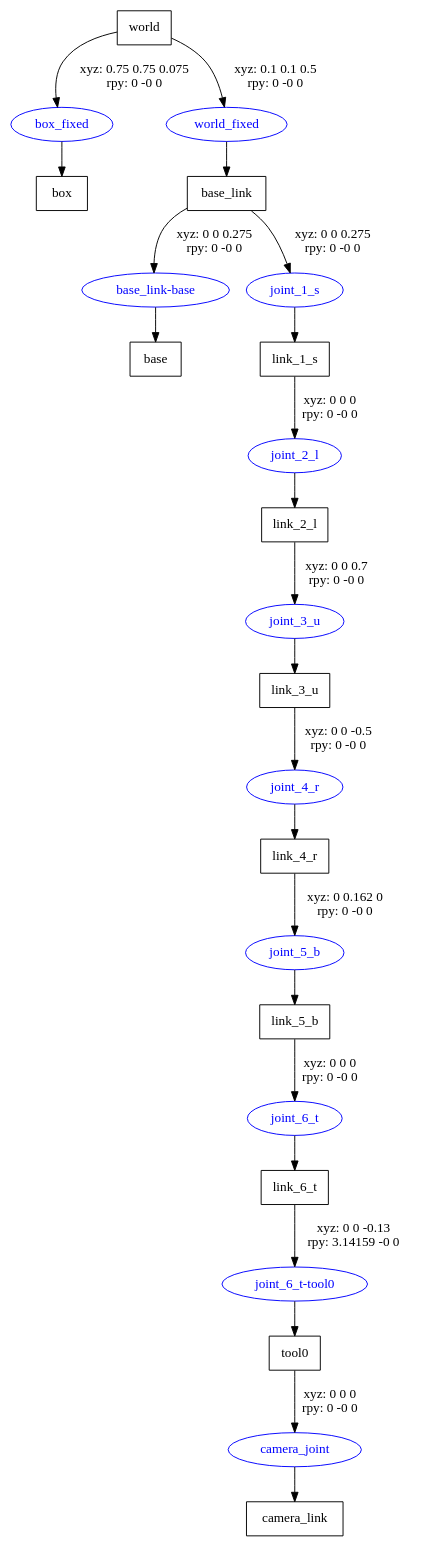
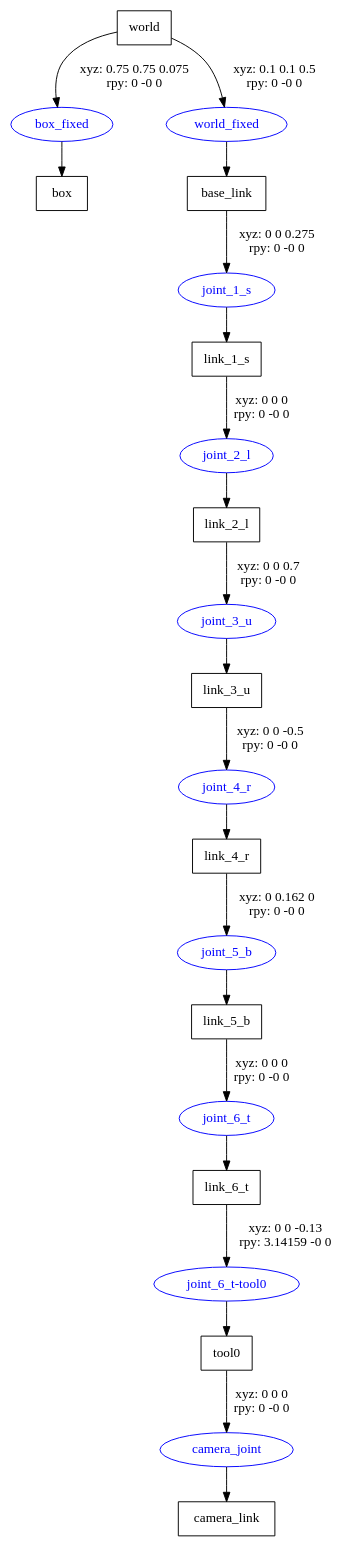
One commit to integrationROS/catkin_ws changed the diagram in motoman_hc10.gv. Above: the diagram before and after it, drawn with Graphviz. The commit also changed 7 other files, not shown here.

```diff
--- a/motoman_hc10.gv
+++ b/motoman_hc10.gv
@@ -1,38 +1,35 @@
 digraph G {
 node [shape=box];
 "world" [label="world"];
 "box" [label="box"];
 "base_link" [label="base_link"];
-"base" [label="base"];
 "link_1_s" [label="link_1_s"];
 "link_2_l" [label="link_2_l"];
 "link_3_u" [label="link_3_u"];
 "link_4_r" [label="link_4_r"];
 "link_5_b" [label="link_5_b"];
 "link_6_t" [label="link_6_t"];
 "tool0" [label="tool0"];
 "camera_link" [label="camera_link"];
 node [shape=ellipse, color=blue, fontcolor=blue];
 "world" -> "box_fixed" [label="xyz: 0.75 0.75 0.075 \nrpy: 0 -0 0"]
 "box_fixed" -> "box"
 "world" -> "world_fixed" [label="xyz: 0.1 0.1 0.5 \nrpy: 0 -0 0"]
 "world_fixed" -> "base_link"
-"base_link" -> "base_link-base" [label="xyz: 0 0 0.275 \nrpy: 0 -0 0"]
-"base_link-base" -> "base"
 "base_link" -> "joint_1_s" [label="xyz: 0 0 0.275 \nrpy: 0 -0 0"]
 "joint_1_s" -> "link_1_s"
 "link_1_s" -> "joint_2_l" [label="xyz: 0 0 0 \nrpy: 0 -0 0"]
 "joint_2_l" -> "link_2_l"
 "link_2_l" -> "joint_3_u" [label="xyz: 0 0 0.7 \nrpy: 0 -0 0"]
 "joint_3_u" -> "link_3_u"
 "link_3_u" -> "joint_4_r" [label="xyz: 0 0 -0.5 \nrpy: 0 -0 0"]
 "joint_4_r" -> "link_4_r"
 "link_4_r" -> "joint_5_b" [label="xyz: 0 0.162 0 \nrpy: 0 -0 0"]
 "joint_5_b" -> "link_5_b"
 "link_5_b" -> "joint_6_t" [label="xyz: 0 0 0 \nrpy: 0 -0 0"]
 "joint_6_t" -> "link_6_t"
 "link_6_t" -> "joint_6_t-tool0" [label="xyz: 0 0 -0.13 \nrpy: 3.14159 -0 0"]
 "joint_6_t-tool0" -> "tool0"
 "tool0" -> "camera_joint" [label="xyz: 0 0 0 \nrpy: 0 -0 0"]
 "camera_joint" -> "camera_link"
 }
```
